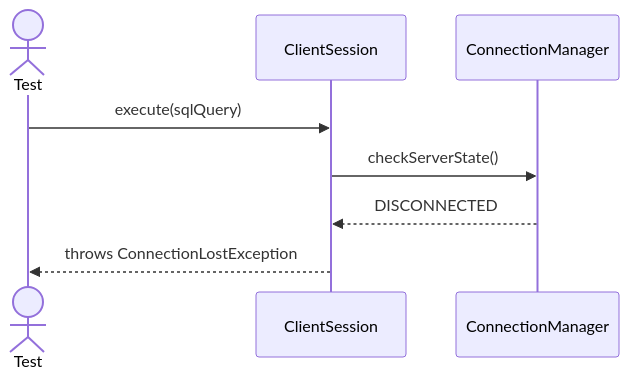
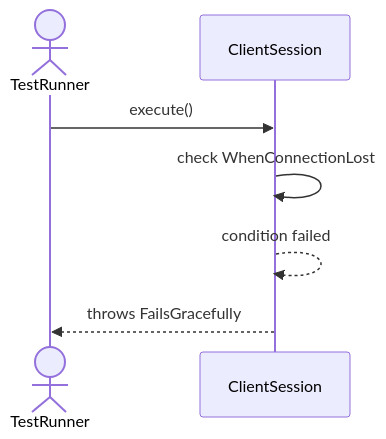
The fourth of 9 diagrams in Sequences/Core/ClientSession.md (TamBui1706/DBMS), drawn with Mermaid before and after one commit. The commit also changed other lines of this file and 63 other files, not shown here.

Commit message:
Draw sequence diagram for unit tests

````diff
--- a/Sequences/Core/ClientSession.md
+++ b/Sequences/Core/ClientSession.md
@@ -58,11 +57,9 @@
 ```mermaid
 sequenceDiagram
-    actor Test
+    actor TestRunner
     participant ClientSession
-    participant ConnectionManager
-
-    Test->>ClientSession: execute(sqlQuery)
-    ClientSession->>ConnectionManager: checkServerState()
-    ConnectionManager-->>ClientSession: DISCONNECTED
-    ClientSession-->>Test: throws ConnectionLostException
+    TestRunner->>ClientSession: execute()
+    ClientSession->>ClientSession: check WhenConnectionLost
+    ClientSession-->>ClientSession: condition failed
+    ClientSession-->>TestRunner: throws FailsGracefully
 ```
````
